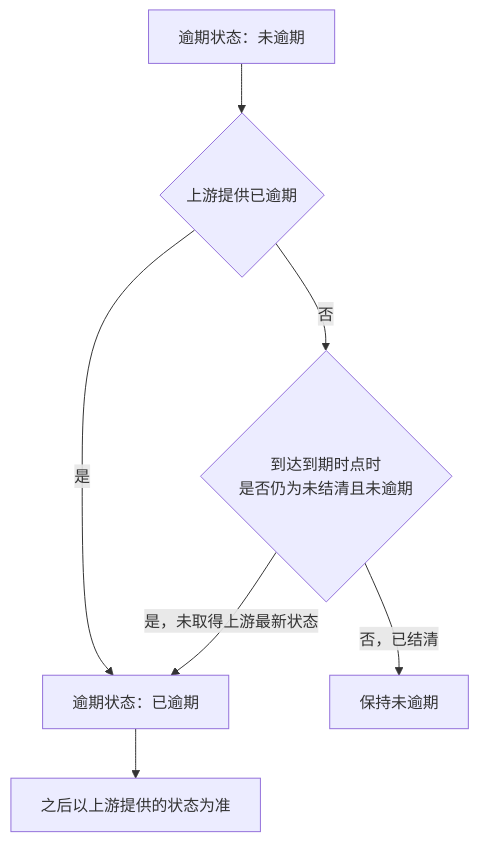
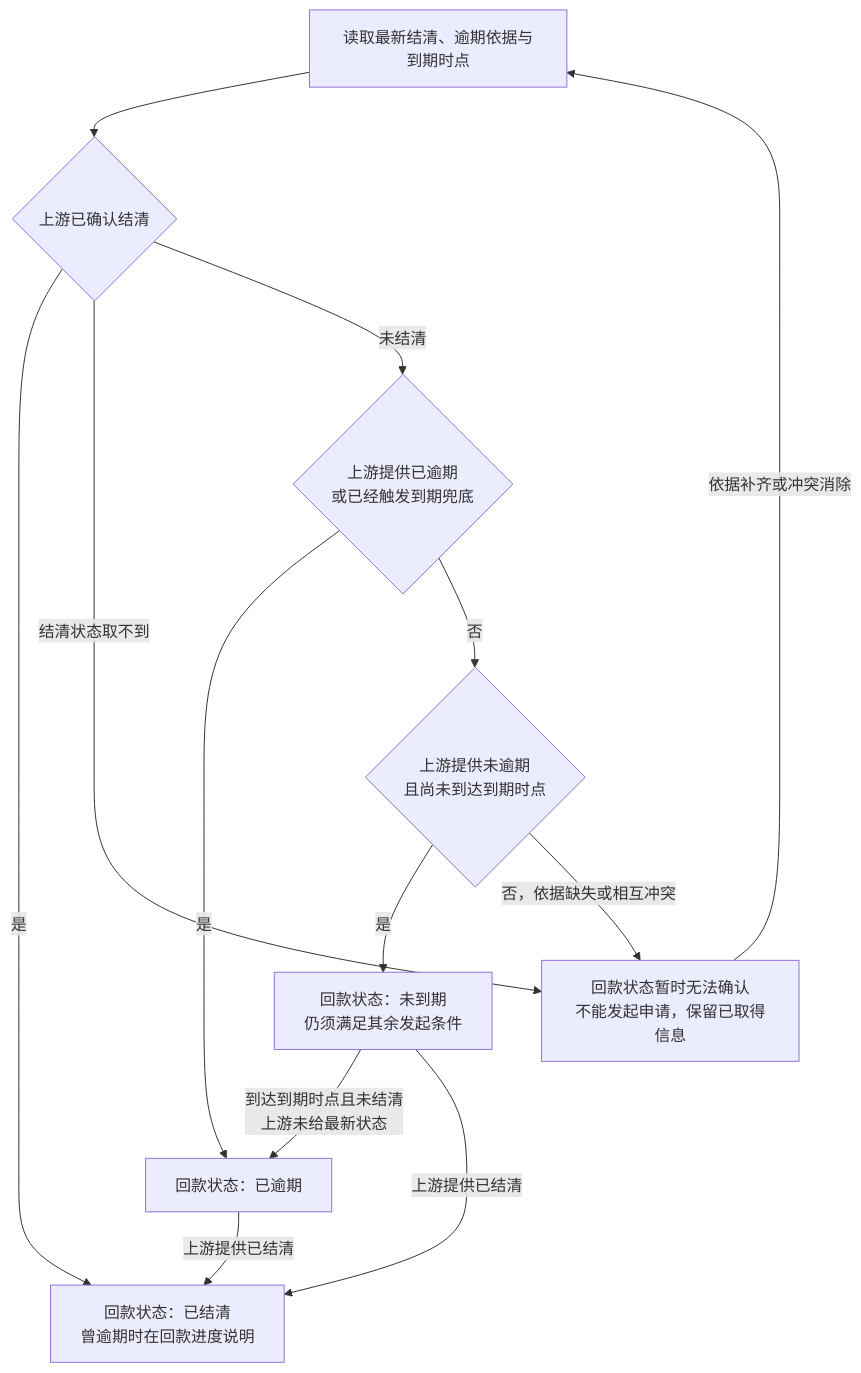
One commit to wxblockchain/Chain-Financing changed the fourth of 6 diagrams in token-issuance-platform/PRD/v1.0-可信资产-流程图与状态机.md. Above: the diagram before and after it, drawn with Mermaid. The commit also changed other lines of this file and 2 other files, not shown here.

````diff
--- a/token-issuance-platform/PRD/v1.0-可信资产-流程图与状态机.md
+++ b/token-issuance-platform/PRD/v1.0-可信资产-流程图与状态机.md
@@ -77,9 +67,15 @@
 ```mermaid
 flowchart TD
-    A[逾期状态：未逾期] --> B{上游提供已逾期}
-    B -->|是| D[逾期状态：已逾期]
-    B -->|否| C{到达到期时点时<br/>是否仍为未结清且未逾期}
-    C -->|是，未取得上游最新状态| D
-    C -->|否，已结清| E[保持未逾期]
-    D --> F[之后以上游提供的状态为准]
+    A[读取最新结清、逾期依据与到期时点] --> B{上游已确认结清}
+    B -->|是| C[回款状态：已结清<br/>曾逾期时在回款进度说明]
+    B -->|结清状态取不到| X[回款状态暂时无法确认<br/>不能发起申请，保留已取得信息]
+    B -->|未结清| D{上游提供已逾期<br/>或已经触发到期兜底}
+    D -->|是| E[回款状态：已逾期]
+    D -->|否| F{上游提供未逾期<br/>且尚未到达到期时点}
+    F -->|是| G[回款状态：未到期<br/>仍须满足其余发起条件]
+    F -->|否，依据缺失或相互冲突| X
+    G -->|到达到期时点且未结清<br/>上游未给最新状态| E
+    G -->|上游提供已结清| C
+    E -->|上游提供已结清| C
+    X -->|依据补齐或冲突消除| A
 ```
````
